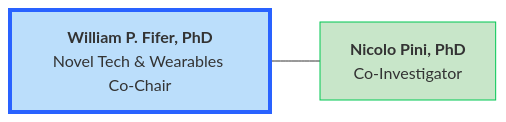
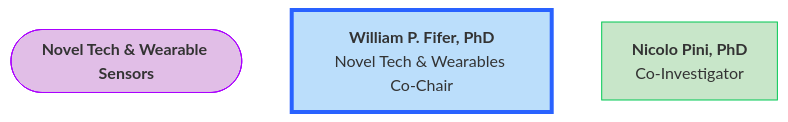
Before and after one commit to DCAN-Labs/hbcd-docs-internal: the third of 3 diagrams in docs/orgcharts.md, drawn with Mermaid. The commit also changed other lines of this file, not shown here.

Commit message:
novel tech OC polish

````diff
--- a/docs/orgcharts.md
+++ b/docs/orgcharts.md
@@ -907,7 +907,10 @@
 ```mermaid
-flowchart LR
-    n16["<b>William P. Fifer, PhD</b><br>Novel Tech &amp; Wearables Co-Chair"]
-    n16 --- n17["<b>Nicolo Pini, PhD</b><br>Co-Investigator"]
+flowchart TB
+    n18(["<b>Novel Tech &amp; Wearable Sensors</b>"])
+    n16["<b>William P. Fifer, PhD</b><br>Novel Tech & Wearables Co-Chair"]
+    n17["<b>Nicolo Pini, PhD</b><br>Co-Investigator"]
+
+    style n18 fill:#E1BEE7,stroke:#AA00FF
     style n16 fill:#BBDEFB,stroke:#2962FF,stroke-width:4px
     style n17 fill:#C8E6C9,stroke:#00C853
 ```
````
